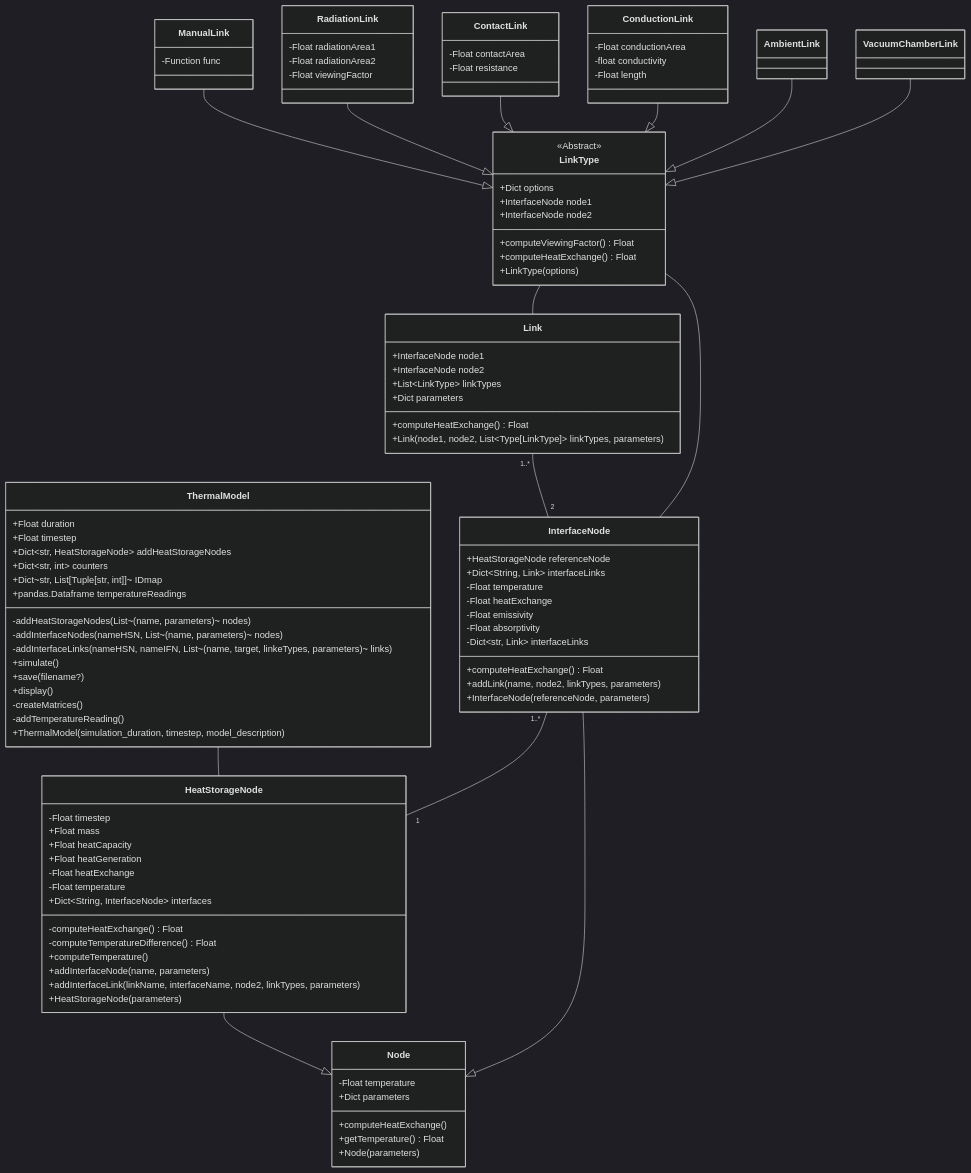
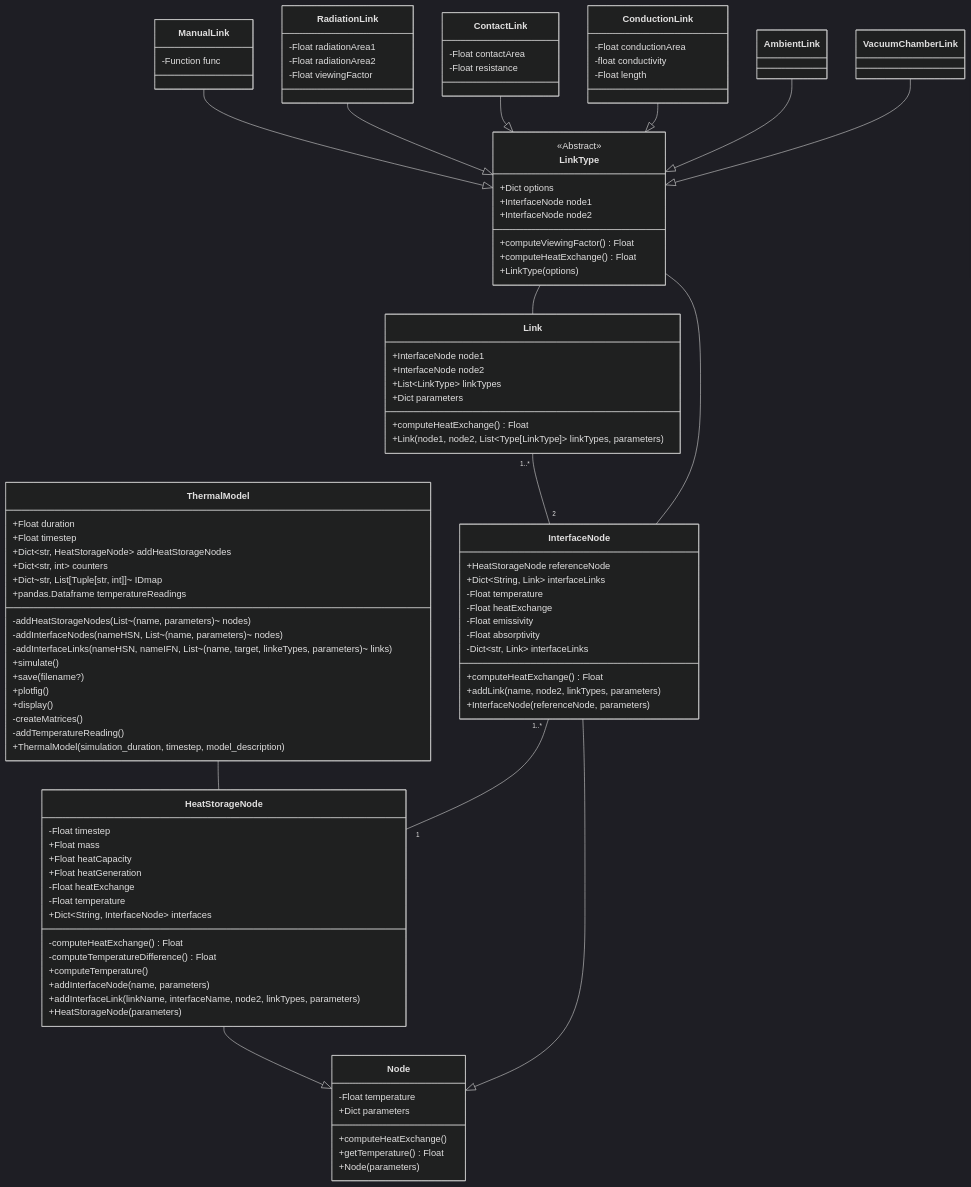
One commit to niveK77pur/ISM-Thermal-Model changed the diagram in class-diagram/class-diagram.mmd. Above: the diagram before and after it, drawn with Mermaid (dark theme). The commit also changed 5 other files, not shown here.

```diff
--- a/class-diagram/class-diagram.mmd
+++ b/class-diagram/class-diagram.mmd
@@ -1,116 +1,117 @@
 classDiagram
 
 class ThermalModel {
     +Float duration
     +Float timestep
     +Dict~str, HeatStorageNode~ addHeatStorageNodes
     +Dict~str, int~ counters
     +Dict~str, List[Tuple[str, int]]~ IDmap
     +pandas.Dataframe temperatureReadings
     -addHeatStorageNodes(List~(name, parameters)~ nodes)
     -addInterfaceNodes(nameHSN, List~(name, parameters)~ nodes)
     -addInterfaceLinks(nameHSN, nameIFN, List~(name, target, linkeTypes, parameters)~ links)
     +simulate()
     +save(filename?)
+    +plotfig()
     +display()
     -createMatrices()
     -addTemperatureReading()
     +ThermalModel(simulation_duration, timestep, model_description)
 }
 
 class Node {
     -Float temperature
     +Dict parameters
     +computeHeatExchange()
     +getTemperature() Float
     +Node(parameters)
 }
 
 class HeatStorageNode {
     -Float timestep
     +Float mass
     +Float heatCapacity
     +Float heatGeneration
     -Float heatExchange
     -Float temperature
     +Dict~String, InterfaceNode~ interfaces
     -computeHeatExchange() Float
     -computeTemperatureDifference() Float
     +computeTemperature()
     +addInterfaceNode(name, parameters)
     +addInterfaceLink(linkName, interfaceName, node2, linkTypes, parameters)
     +HeatStorageNode(parameters)
 }
 
 class InterfaceNode {
     +HeatStorageNode referenceNode
     +Dict~String, Link~ interfaceLinks
     -Float temperature
     -Float heatExchange
     -Float emissivity
     -Float absorptivity
     -Dict~str, Link~ interfaceLinks
     +computeHeatExchange() Float
     +addLink(name, node2, linkTypes, parameters)
     +InterfaceNode(referenceNode, parameters)
 }
 
 class Link {
     +InterfaceNode node1
     +InterfaceNode node2
     +List~LinkType~ linkTypes
     +Dict parameters
     +computeHeatExchange() Float
     +Link(node1, node2, List~Type[LinkType]~ linkTypes, parameters)
 }
 
 
 class LinkType {
     <<Abstract>>
     +Dict options
     +InterfaceNode node1
     +InterfaceNode node2
     +computeViewingFactor() Float
     +computeHeatExchange() Float
     +LinkType(options)
 }
 
 class ManualLink {
     -Function func
 }
 
 class RadiationLink {
     -Float radiationArea1
     -Float radiationArea2
     -Float viewingFactor
 }
 
 class ContactLink {
     -Float contactArea
     -Float resistance
 }
 
 class ConductionLink {
     -Float conductionArea
     -float conductivity
     -Float length
 }
 
 ThermalModel -- HeatStorageNode
 
 HeatStorageNode --|> Node
 InterfaceNode --|> Node
 
 ManualLink --|> LinkType
 RadiationLink --|> LinkType
 ContactLink --|> LinkType
 ConductionLink --|> LinkType
 AmbientLink --|> LinkType
 VacuumChamberLink --|> LinkType
 
 Link "1..*" -- "2" InterfaceNode
 
 InterfaceNode "1..*" -- "1" HeatStorageNode
 
 LinkType -- Link
 LinkType -- InterfaceNode
```
